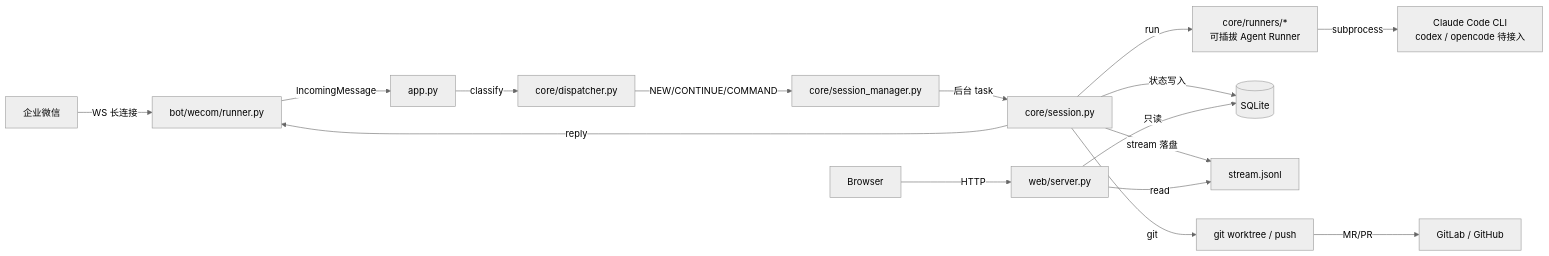
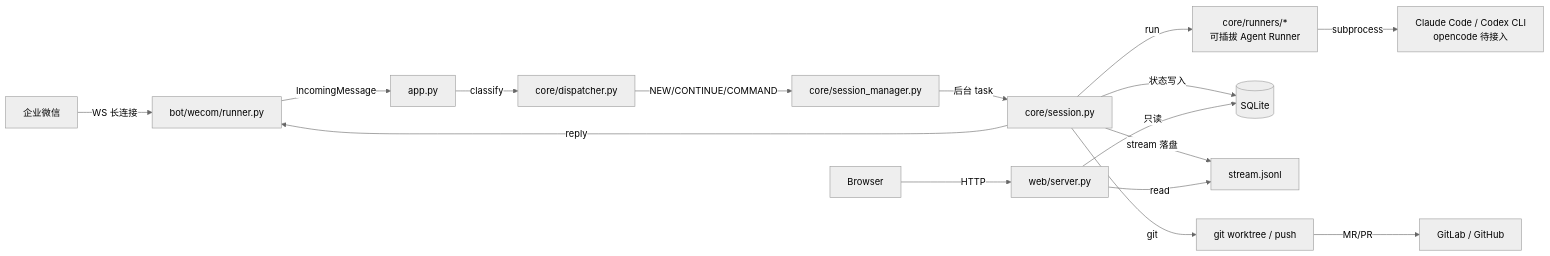
The first of 2 diagrams in docs/architecture.md (fboostr/cc-fleet), drawn with Mermaid (neutral theme) before and after one commit. The commit also changed other lines of this file and 9 other files, not shown here.

First line of the commit message:
feat: 接入 Codex CLI runner（local，OS sandbox 护栏） (#19)

````diff
--- a/docs/architecture.md
+++ b/docs/architecture.md
@@ -9,18 +9,18 @@
 ```mermaid
 flowchart LR
     IM[企业微信] -- WS 长连接 --> Bot[bot/wecom/runner.py]
     Bot -- IncomingMessage --> App[app.py]
     App -- classify --> Disp[core/dispatcher.py]
     Disp -- NEW/CONTINUE/COMMAND --> SM[core/session_manager.py]
     SM -- 后台 task --> Sess[core/session.py]
     Sess -- run --> RUN[core/runners/*<br/>可插拔 Agent Runner]
-    RUN -- subprocess --> CC[Claude Code CLI<br/>codex / opencode 待接入]
+    RUN -- subprocess --> CC[Claude Code / Codex CLI<br/>opencode 待接入]
     Sess -- 状态写入 --> DB[(SQLite)]
     Sess -- stream 落盘 --> JL[stream.jsonl]
     Sess -- git --> GIT[git worktree / push]
     GIT -- MR/PR --> Forge[GitLab / GitHub]
     Sess -- reply --> Bot
     Browser -- HTTP --> Web[web/server.py]
     Web -- 只读 --> DB
     Web -- read --> JL
 ```
````
